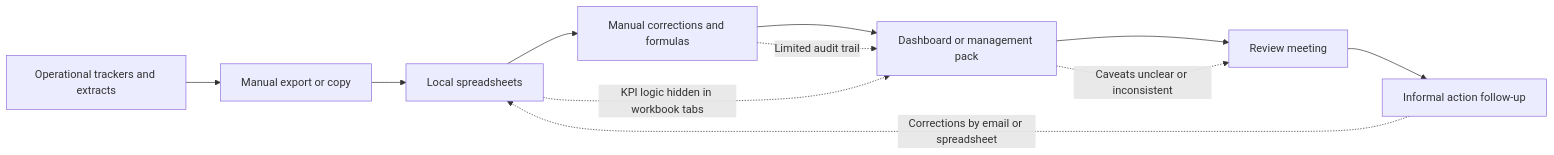
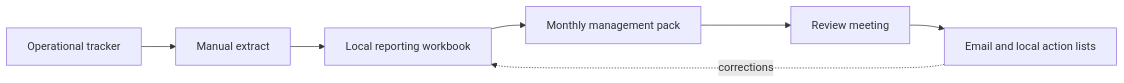
One commit to quantameridian/decision-support-architecture-playbook changed the diagram in docs/02-current-state.md. Above: the diagram before and after it, drawn with Mermaid. The commit also changed other lines of this file and 58 other files, not shown here.

Commit message:
Build traceable decision support architecture

````diff
--- a/docs/02-current-state.md
+++ b/docs/02-current-state.md
@@ -23,13 +5,9 @@
 ```mermaid
 flowchart LR
-    A["Operational trackers and extracts"] --> B["Manual export or copy"]
-    B --> C["Local spreadsheets"]
-    C --> D["Manual corrections and formulas"]
-    D --> E["Dashboard or management pack"]
-    E --> F["Review meeting"]
-    F --> G["Informal action follow-up"]
-    C -. "KPI logic hidden in workbook tabs" .-> E
-    D -. "Limited audit trail" .-> E
-    G -. "Corrections by email or spreadsheet" .-> C
-    E -. "Caveats unclear or inconsistent" .-> F
+    Source["Operational tracker"] --> Export["Manual extract"]
+    Export --> Workbook["Local reporting workbook"]
+    Workbook --> Pack["Monthly management pack"]
+    Pack --> Meeting["Review meeting"]
+    Meeting --> Email["Email and local action lists"]
+    Email -. "corrections" .-> Workbook
 ```
````
